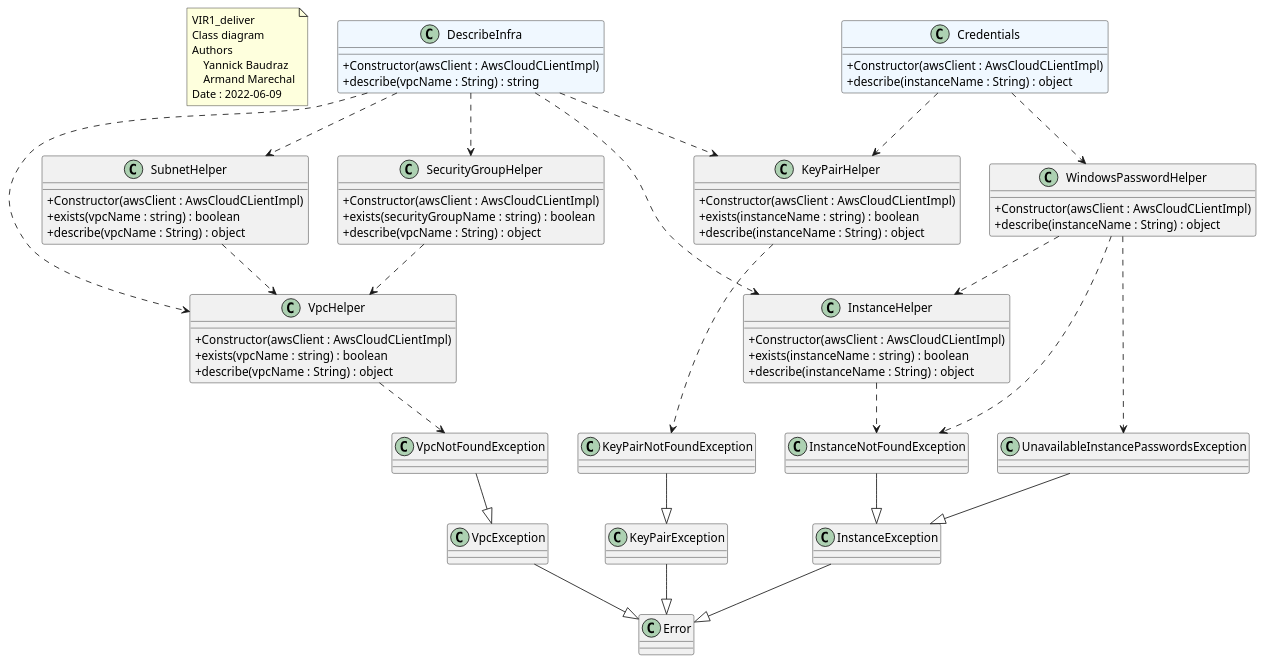
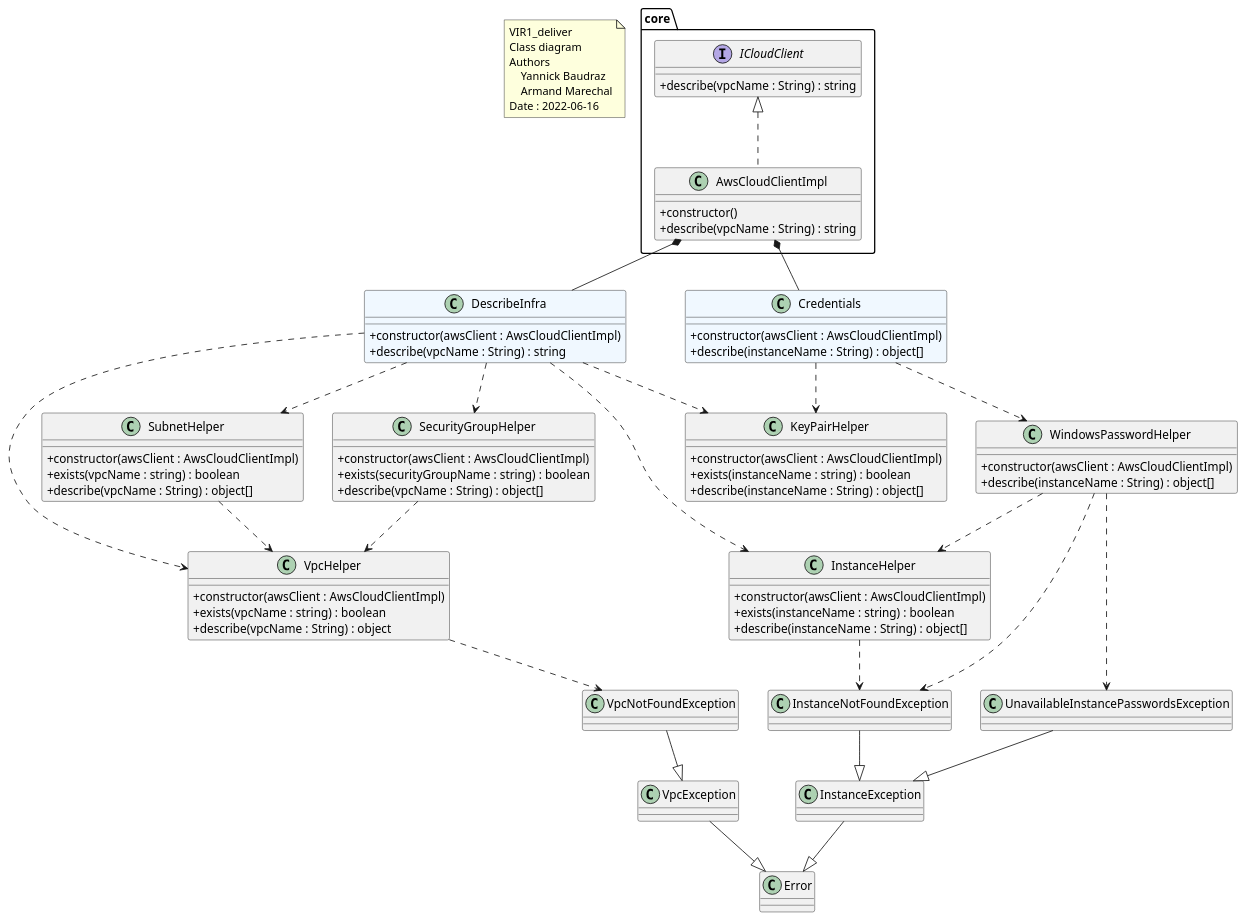
Before and after one commit to NicolasGlassey/VIR1-Deliver: the diagram in docs/classes/class_deliver.puml, drawn with PlantUML.

Commit message:
Update class diagram to match with review #3

```diff
--- a/docs/classes/class_deliver.puml
+++ b/docs/classes/class_deliver.puml
@@ -1,96 +1,105 @@
 @startuml
 skinparam classAttributeIconSize 0
 
 note as t1
 VIR1_deliver
 Class diagram
 Authors
     Yannick Baudraz
     Armand Marechal
-Date : 2022-06-09
+Date : 2022-06-16
 end note
 
 class Infra as "DescribeInfra" #aliceblue {
-    +Constructor(awsClient : AwsCloudCLientImpl)
+    +constructor(awsClient : AwsCloudClientImpl)
     +describe(vpcName : String) : string
 }
 
 class Credentials #aliceblue {
-    +Constructor(awsClient : AwsCloudCLientImpl)
-    +describe(instanceName : String) : object
+    +constructor(awsClient : AwsCloudClientImpl)
+    +describe(instanceName : String) : object[]
 }
 
 class VpcHelper {
-    +Constructor(awsClient : AwsCloudCLientImpl)
+    +constructor(awsClient : AwsCloudClientImpl)
     +exists(vpcName : string) : boolean
     +describe(vpcName : String) : object
 }
 
 class SubnetHelper {
-    +Constructor(awsClient : AwsCloudCLientImpl)
+    +constructor(awsClient : AwsCloudClientImpl)
     +exists(vpcName : string) : boolean
-    +describe(vpcName : String) : object
+    +describe(vpcName : String) : object[]
 }
 
 class SecurityGroupHelper {
-    +Constructor(awsClient : AwsCloudCLientImpl)
+    +constructor(awsClient : AwsCloudClientImpl)
     +exists(securityGroupName : string) : boolean
-    +describe(vpcName : String) : object
+    +describe(vpcName : String) : object[]
 }
 
 class InstanceHelper {
-    +Constructor(awsClient : AwsCloudCLientImpl)
+    +constructor(awsClient : AwsCloudClientImpl)
     +exists(instanceName : string) : boolean
-    +describe(instanceName : String) : object
+    +describe(instanceName : String) : object[]
 }
 
 class KeyPairHelper {
-    +Constructor(awsClient : AwsCloudCLientImpl)
+    +constructor(awsClient : AwsCloudClientImpl)
     +exists(instanceName : string) : boolean
-    +describe(instanceName : String) : object
+    +describe(instanceName : String) : object[]
 }
 
 class WindowsPasswordHelper {
-    +Constructor(awsClient : AwsCloudCLientImpl)
-    +describe(instanceName : String) : object
+    +constructor(awsClient : AwsCloudClientImpl)
+    +describe(instanceName : String) : object[]
+}
+
+package core {
+    interface ICloudClient {
+        +describe(vpcName : String) : string
+    }
+
+    class AwsCloudClientImpl implements ICloudClient {
+        +constructor()
+        +describe(vpcName : String) : string
+    }
 }
 
 together {
     class Error
     class VpcException
     class VpcNotFoundException
     class InstanceException
     class InstanceNotFoundException
     class UnavailableInstancePasswordsException
-    class KeyPairException
-    class KeyPairNotFoundException
 }
+
+AwsCloudClientImpl *-- Infra
+AwsCloudClientImpl *-- Credentials
 
 Infra ..> VpcHelper
 Infra ..> SubnetHelper
 Infra ..> SecurityGroupHelper
 Infra ..> InstanceHelper
 Infra ..> KeyPairHelper
 
 Credentials ..> WindowsPasswordHelper
 Credentials ..> KeyPairHelper
 
 VpcException --|> Error
 VpcNotFoundException --|> VpcException
 InstanceException --|> Error
 InstanceNotFoundException --|> InstanceException
 UnavailableInstancePasswordsException --|> InstanceException
-KeyPairException --|> Error
-KeyPairNotFoundException --|> KeyPairException
 
 SubnetHelper ..> VpcHelper
 SecurityGroupHelper ..> VpcHelper
 WindowsPasswordHelper ..> InstanceHelper
 
 VpcHelper ..> VpcNotFoundException
 InstanceHelper ..> InstanceNotFoundException
-KeyPairHelper ..> KeyPairNotFoundException
 WindowsPasswordHelper ..> InstanceNotFoundException
 WindowsPasswordHelper ..> UnavailableInstancePasswordsException
 
 @enduml
```
